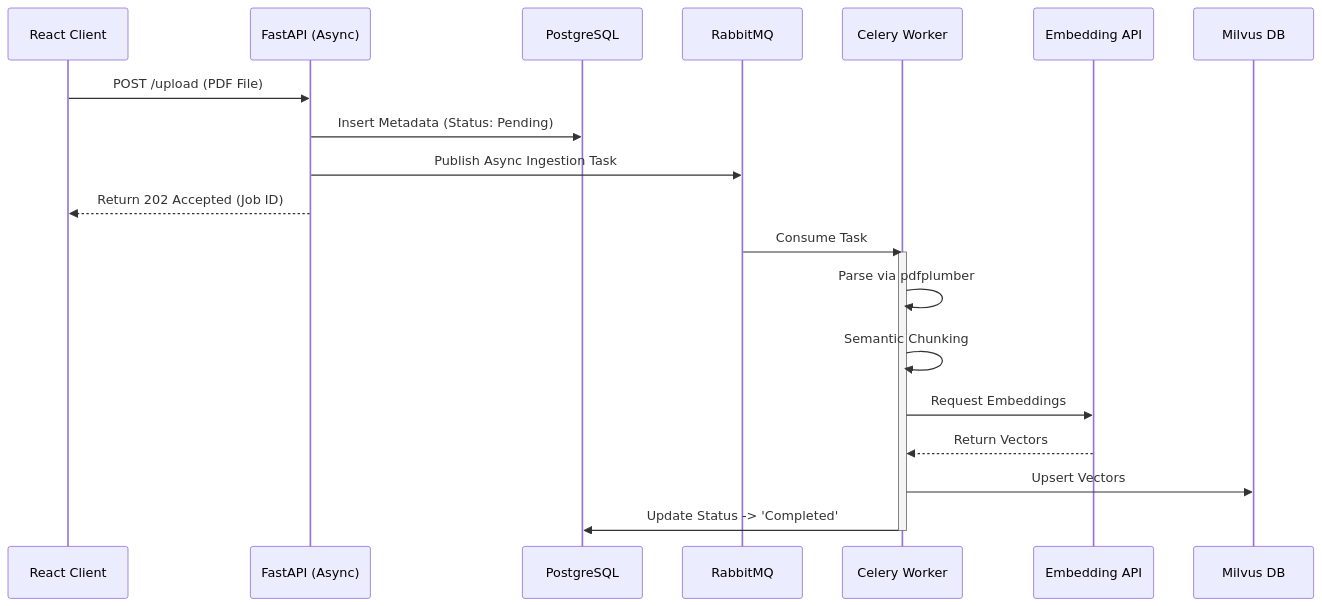
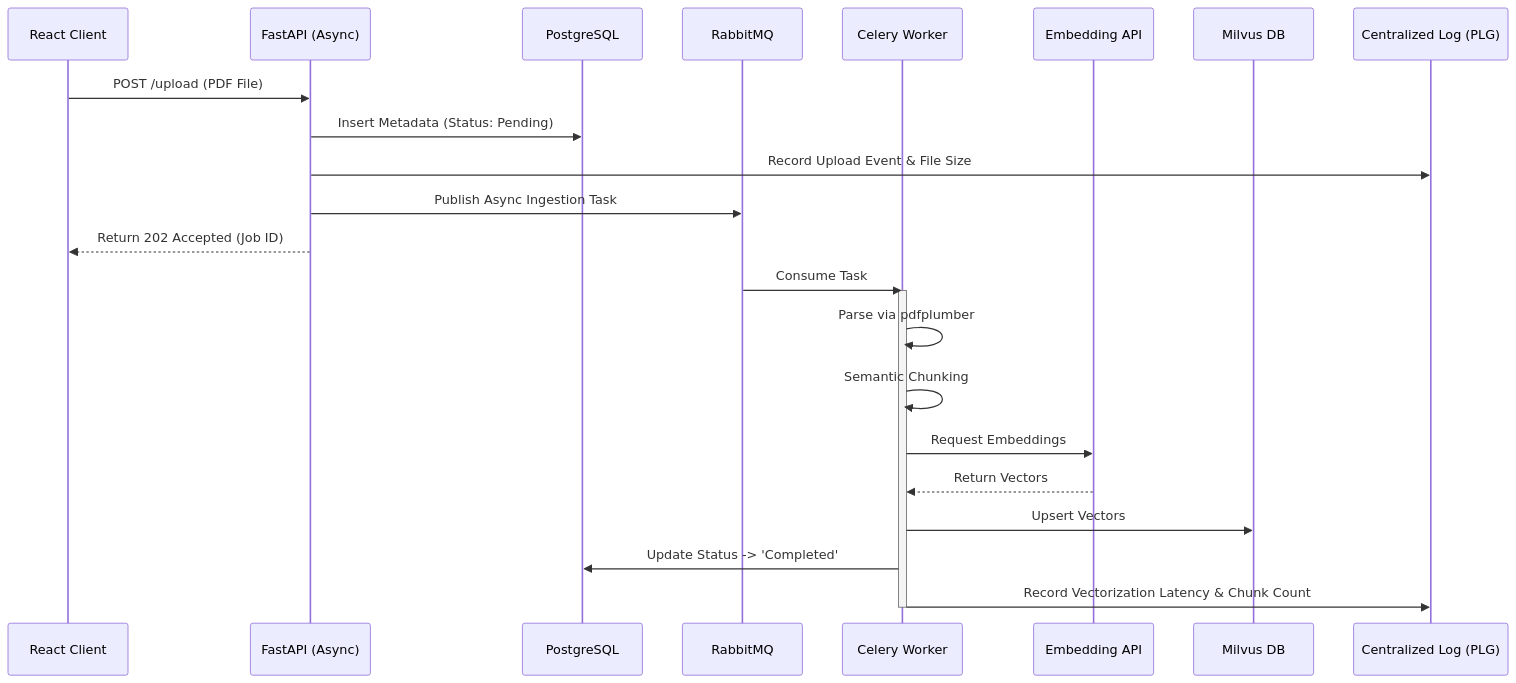
The first of 5 diagrams in README.md (joe-ging/AI_Stock_Analyst_Enterprise), drawn with Mermaid before and after one commit. The commit also changed other lines of this file and 8 other files, not shown here.

Commit message:
docs: comprehensive update to logging architecture and READMEs

````diff
--- a/README.md
+++ b/README.md
@@ -51,25 +51,28 @@
 ```mermaid
 sequenceDiagram
     participant UI as React Client
     participant Engine as FastAPI (Async)
     participant PG as PostgreSQL
     participant MQ as RabbitMQ
     participant Worker as Celery Worker
     participant AI as Embedding API
     participant Milvus as Milvus DB
+    participant Log as Centralized Log (PLG)
     
     UI->>Engine: POST /upload (PDF File)
     Engine->>PG: Insert Metadata (Status: Pending)
+    Engine->>Log: Record Upload Event & File Size
     Engine->>MQ: Publish Async Ingestion Task
     Engine-->>UI: Return 202 Accepted (Job ID)
     
     MQ->>Worker: Consume Task
     activate Worker
     Worker->>Worker: Parse via pdfplumber
     Worker->>Worker: Semantic Chunking
     Worker->>AI: Request Embeddings
     AI-->>Worker: Return Vectors
     Worker->>Milvus: Upsert Vectors
     Worker->>PG: Update Status -> 'Completed'
+    Worker->>Log: Record Vectorization Latency & Chunk Count
     deactivate Worker
 ```
````
